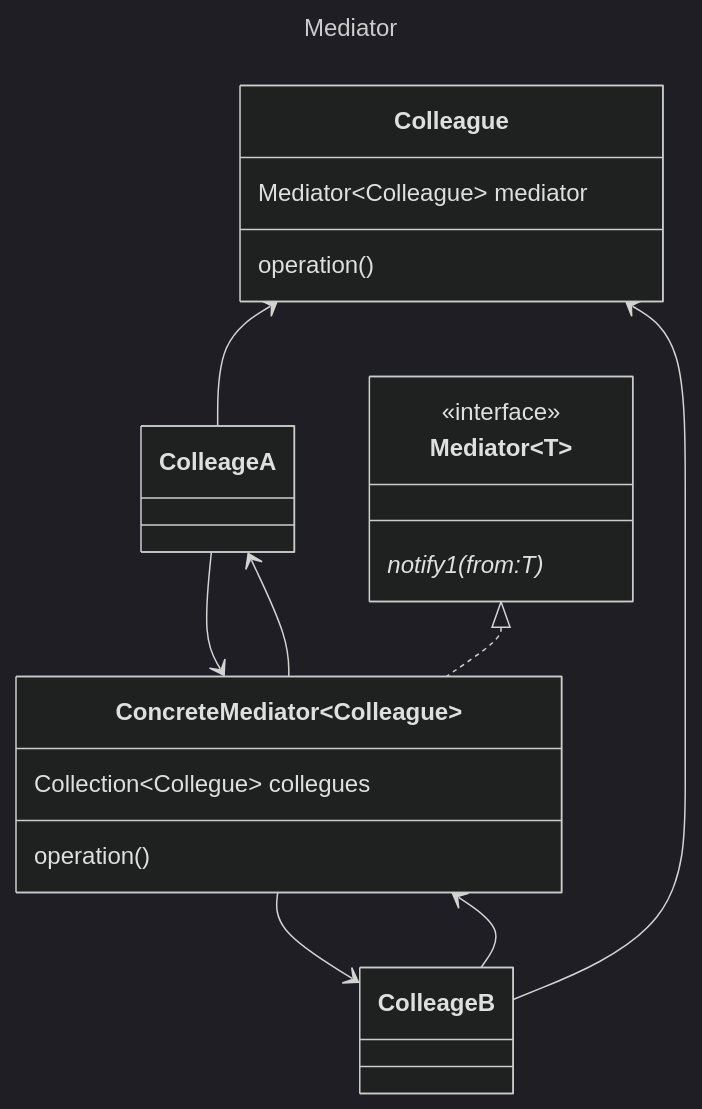
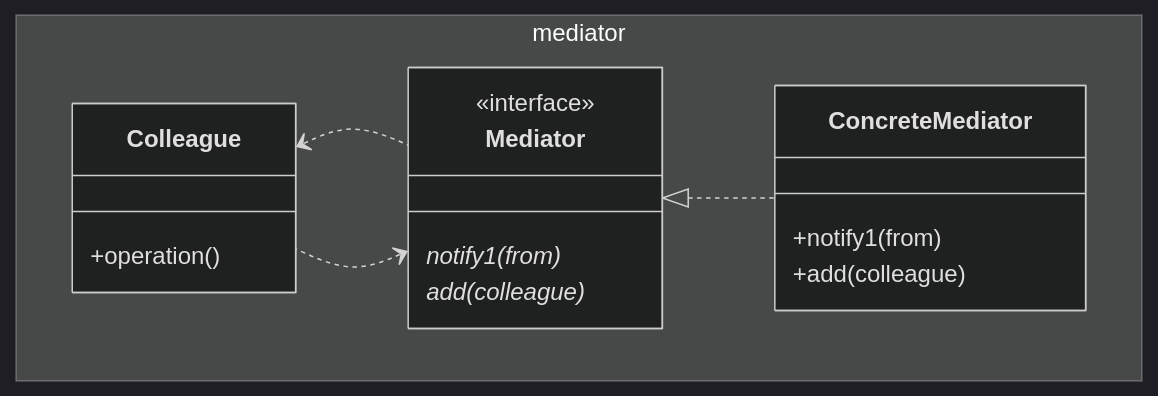
One commit to mtrigueira/JGoF changed the diagram in src/main/java/org/example/gof/behaviour/mediator/Mediator.md. Above: the diagram before and after it, drawn with Mermaid (dark theme). The commit also changed other lines of this file, not shown here.

Commit message:
Edit Mediator.md add related patterns.

````diff
--- a/src/main/java/org/example/gof/behaviour/mediator/Mediator.md
+++ b/src/main/java/org/example/gof/behaviour/mediator/Mediator.md
@@ -1,30 +3,21 @@
 ```mermaid
----
-title: Mediator
----
 classDiagram
-    class ColleageA {
+    namespace mediator {
+        class Colleague {
+            +operation()
+        }
+        class ConcreteMediator {
+            +notify1(from)
+            +add(colleague)
+        }
+        class Mediator {
+            <<interface>>
+            notify1(from)*
+            add(colleague)*
+        }
     }
-    class ColleageB {
-    }
-    class Colleague {
-        Mediator~Colleague~ mediator
-        operation()
-    }
-    class ConcreteMediator~Colleague~ {
-        Collection~Collegue~ collegues
-        operation()
-    }
-    class Mediator~T~ {
-        <<interface>>
-        notify1(from:T)*
-    }
-    
-    Colleague <-- ColleageA
-    Colleague <-- ColleageB
-    ConcreteMediator --> ColleageA
-    ColleageA --> ConcreteMediator 
-    ConcreteMediator --> ColleageB
-    ColleageB --> ConcreteMediator
+    Colleague <.. Mediator
+    Mediator <.. Colleague
     Mediator <|.. ConcreteMediator
+
 ```
````
